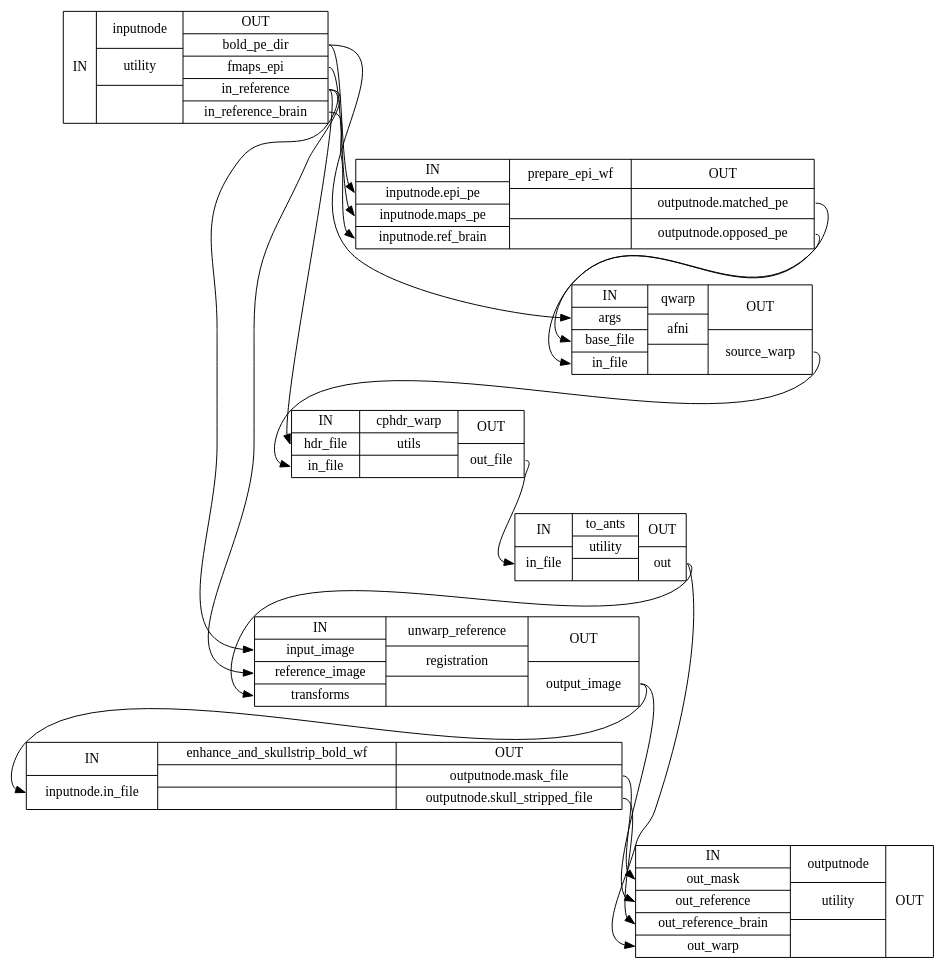
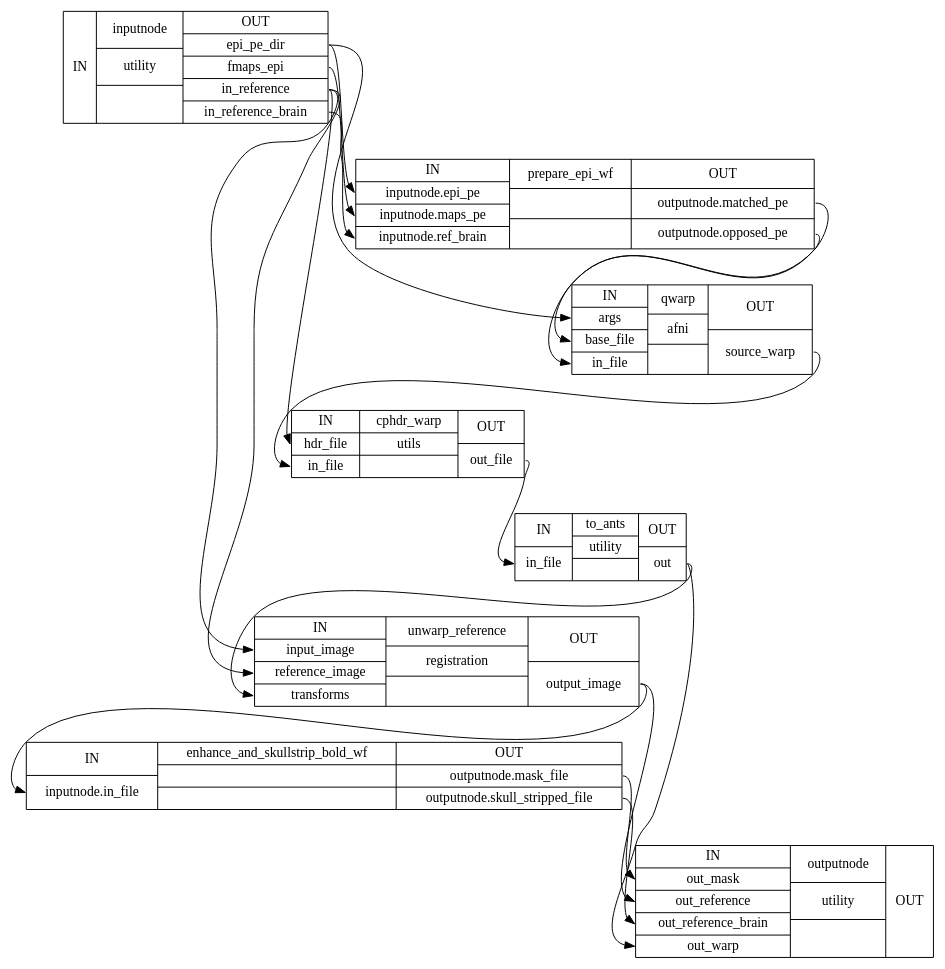
One commit to wayne009007/sdcflows changed the diagram in master/wf_directive/api/pepolar_unwarp_wf/sdcflows-workflows-pepolar-1_detailed.dot. Above: the diagram before and after it, drawn with Graphviz. The commit also changed 217 other files, not shown here.

```diff
--- a/master/wf_directive/api/pepolar_unwarp_wf/sdcflows-workflows-pepolar-1_detailed.dot
+++ b/master/wf_directive/api/pepolar_unwarp_wf/sdcflows-workflows-pepolar-1_detailed.dot
@@ -1,28 +1,28 @@
 digraph structs {
 node [shape=record];
-pepolar_unwarp_wfinputnode [label="{IN}|{ inputnode | utility |  }|{OUT|<outboldpedir> bold_pe_dir|<outfmapsepi> fmaps_epi|<outinreference> in_reference|<outinreferencebrain> in_reference_brain}"];
+pepolar_unwarp_wfinputnode [label="{IN}|{ inputnode | utility |  }|{OUT|<outepipedir> epi_pe_dir|<outfmapsepi> fmaps_epi|<outinreference> in_reference|<outinreferencebrain> in_reference_brain}"];
 pepolar_unwarp_wfprepare_epi_wf [label="{IN|<ininputnodeepipe> inputnode.epi_pe|<ininputnodemapspe> inputnode.maps_pe|<ininputnoderefbrain> inputnode.ref_brain}|{ prepare_epi_wf |  |  }|{OUT|<outoutputnodematchedpe> outputnode.matched_pe|<outoutputnodeopposedpe> outputnode.opposed_pe}"];
 pepolar_unwarp_wfqwarp [label="{IN|<inargs> args|<inbasefile> base_file|<ininfile> in_file}|{ qwarp | afni |  }|{OUT|<outsourcewarp> source_warp}"];
 pepolar_unwarp_wfcphdr_warp [label="{IN|<inhdrfile> hdr_file|<ininfile> in_file}|{ cphdr_warp | utils |  }|{OUT|<outoutfile> out_file}"];
 pepolar_unwarp_wfto_ants [label="{IN|<ininfile> in_file}|{ to_ants | utility |  }|{OUT|<outout> out}"];
 pepolar_unwarp_wfunwarp_reference [label="{IN|<ininputimage> input_image|<inreferenceimage> reference_image|<intransforms> transforms}|{ unwarp_reference | registration |  }|{OUT|<outoutputimage> output_image}"];
 pepolar_unwarp_wfenhance_and_skullstrip_bold_wf [label="{IN|<ininputnodeinfile> inputnode.in_file}|{ enhance_and_skullstrip_bold_wf |  |  }|{OUT|<outoutputnodemaskfile> outputnode.mask_file|<outoutputnodeskullstrippedfile> outputnode.skull_stripped_file}"];
 pepolar_unwarp_wfoutputnode [label="{IN|<inoutmask> out_mask|<inoutreference> out_reference|<inoutreferencebrain> out_reference_brain|<inoutwarp> out_warp}|{ outputnode | utility |  }|{OUT}"];
 pepolar_unwarp_wfcphdr_warp:outoutfile:e -> pepolar_unwarp_wfto_ants:ininfile:w;
 pepolar_unwarp_wfenhance_and_skullstrip_bold_wf:outoutputnodemaskfile:e -> pepolar_unwarp_wfoutputnode:inoutmask:w;
 pepolar_unwarp_wfenhance_and_skullstrip_bold_wf:outoutputnodeskullstrippedfile:e -> pepolar_unwarp_wfoutputnode:inoutreferencebrain:w;
-pepolar_unwarp_wfinputnode:outboldpedir:e -> pepolar_unwarp_wfprepare_epi_wf:ininputnodeepipe:w;
-pepolar_unwarp_wfinputnode:outboldpedir:e -> pepolar_unwarp_wfqwarp:inargs:w;
+pepolar_unwarp_wfinputnode:outepipedir:e -> pepolar_unwarp_wfprepare_epi_wf:ininputnodeepipe:w;
+pepolar_unwarp_wfinputnode:outepipedir:e -> pepolar_unwarp_wfqwarp:inargs:w;
 pepolar_unwarp_wfinputnode:outfmapsepi:e -> pepolar_unwarp_wfprepare_epi_wf:ininputnodemapspe:w;
 pepolar_unwarp_wfinputnode:outinreference:e -> pepolar_unwarp_wfcphdr_warp:inhdrfile:w;
 pepolar_unwarp_wfinputnode:outinreference:e -> pepolar_unwarp_wfunwarp_reference:ininputimage:w;
 pepolar_unwarp_wfinputnode:outinreference:e -> pepolar_unwarp_wfunwarp_reference:inreferenceimage:w;
 pepolar_unwarp_wfinputnode:outinreferencebrain:e -> pepolar_unwarp_wfprepare_epi_wf:ininputnoderefbrain:w;
 pepolar_unwarp_wfprepare_epi_wf:outoutputnodematchedpe:e -> pepolar_unwarp_wfqwarp:ininfile:w;
 pepolar_unwarp_wfprepare_epi_wf:outoutputnodeopposedpe:e -> pepolar_unwarp_wfqwarp:inbasefile:w;
 pepolar_unwarp_wfqwarp:outsourcewarp:e -> pepolar_unwarp_wfcphdr_warp:ininfile:w;
 pepolar_unwarp_wfto_ants:outout:e -> pepolar_unwarp_wfoutputnode:inoutwarp:w;
 pepolar_unwarp_wfto_ants:outout:e -> pepolar_unwarp_wfunwarp_reference:intransforms:w;
 pepolar_unwarp_wfunwarp_reference:outoutputimage:e -> pepolar_unwarp_wfenhance_and_skullstrip_bold_wf:ininputnodeinfile:w;
 pepolar_unwarp_wfunwarp_reference:outoutputimage:e -> pepolar_unwarp_wfoutputnode:inoutreference:w;
 }
```
